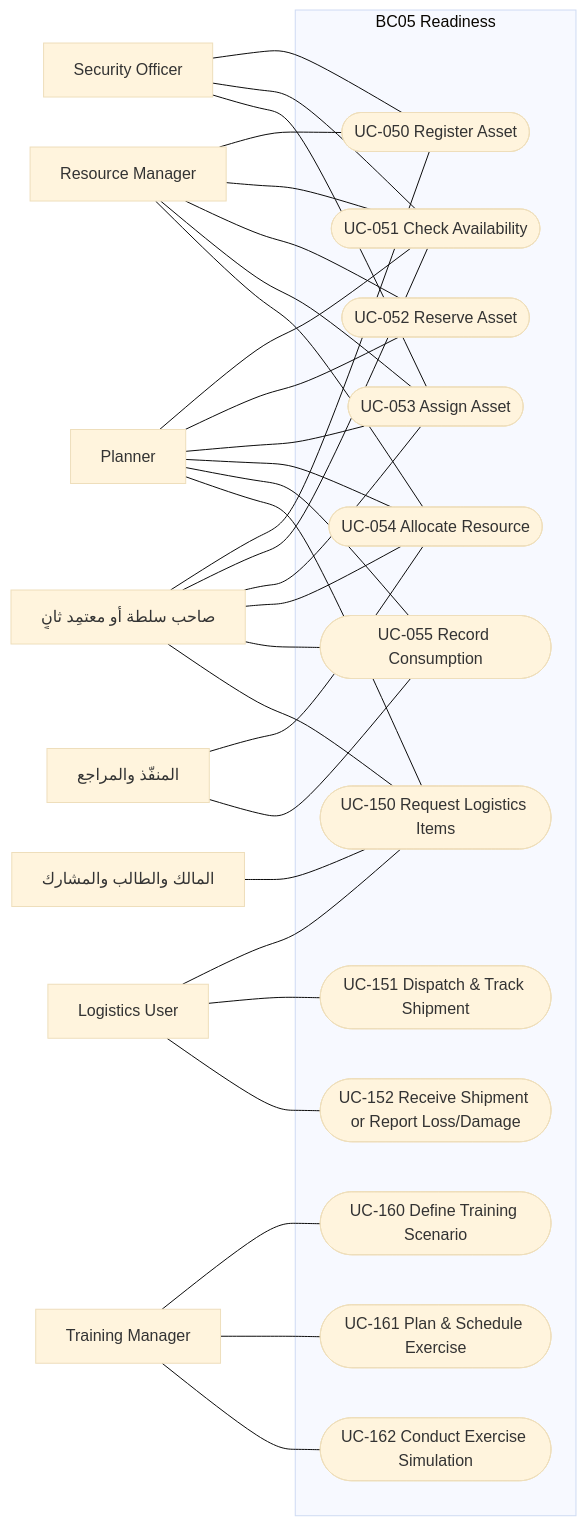
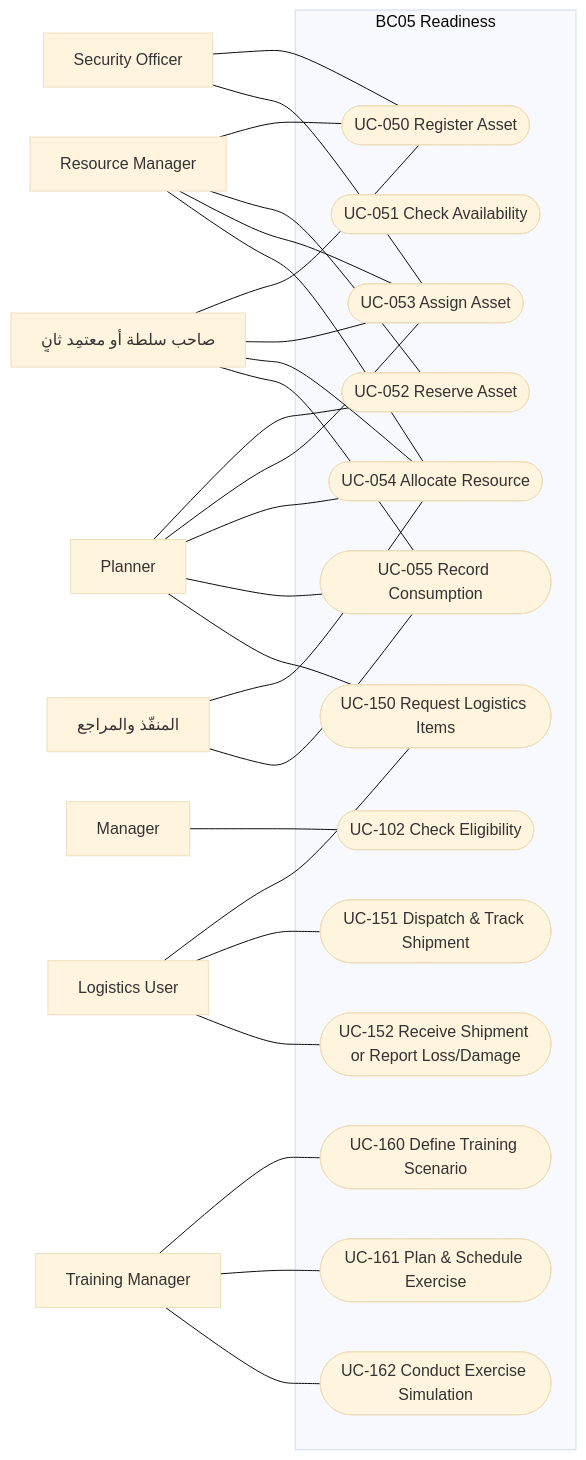
The fifth of 8 diagrams in spec/18-analysis-design/04-use-cases.md (Ayoubkhattab/Planing), drawn with Mermaid (base theme) before and after one commit. The commit also changed other lines of this file and 9 other files, not shown here.

````diff
--- a/spec/18-analysis-design/04-use-cases.md
+++ b/spec/18-analysis-design/04-use-cases.md
@@ -334,54 +291,50 @@
 ```mermaid
 flowchart LR
+  ACT_02["Manager"]
   ACT_03["Planner"]
   ACT_07["Resource Manager"]
   ACT_08["Logistics User"]
   ACT_10["Training Manager"]
   ACT_13["Security Officer"]
   AUTH_GRANT["صاحب سلطة أو معتمِد ثانٍ"]
-  REL_OWNER["المالك والطالب والمشارك"]
   REL_TASK["المنفّذ والمراجع"]
   subgraph BC05["BC05 Readiness"]
     UC050(["UC-050 Register Asset"])
     UC051(["UC-051 Check Availability"])
     UC052(["UC-052 Reserve Asset"])
     UC053(["UC-053 Assign Asset"])
     UC054(["UC-054 Allocate Resource"])
     UC055(["UC-055 Record Consumption"])
+    UC102(["UC-102 Check Eligibility"])
     UC150(["UC-150 Request Logistics Items"])
     UC151(["UC-151 Dispatch & Track Shipment"])
     UC152(["UC-152 Receive Shipment or Report Loss/Damage"])
     UC160(["UC-160 Define Training Scenario"])
     UC161(["UC-161 Plan & Schedule Exercise"])
     UC162(["UC-162 Conduct Exercise Simulation"])
   end
   ACT_07 --- UC050
   ACT_13 --- UC050
   AUTH_GRANT --- UC050
-  ACT_03 --- UC051
-  ACT_07 --- UC051
-  ACT_13 --- UC051
-  AUTH_GRANT --- UC051
   ACT_03 --- UC052
   ACT_07 --- UC052
   ACT_03 --- UC053
   ACT_07 --- UC053
   ACT_13 --- UC053
   AUTH_GRANT --- UC053
   ACT_03 --- UC054
   ACT_07 --- UC054
   AUTH_GRANT --- UC054
   REL_TASK --- UC054
   ACT_03 --- UC055
   AUTH_GRANT --- UC055
   REL_TASK --- UC055
+  ACT_02 --- UC102
   ACT_03 --- UC150
   ACT_08 --- UC150
-  AUTH_GRANT --- UC150
-  REL_OWNER --- UC150
   ACT_08 --- UC151
   ACT_08 --- UC152
   ACT_10 --- UC160
   ACT_10 --- UC161
   ACT_10 --- UC162
 ```
````
